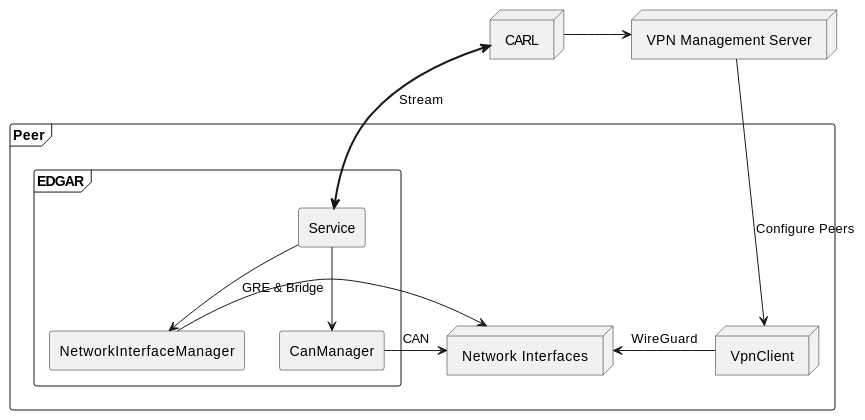
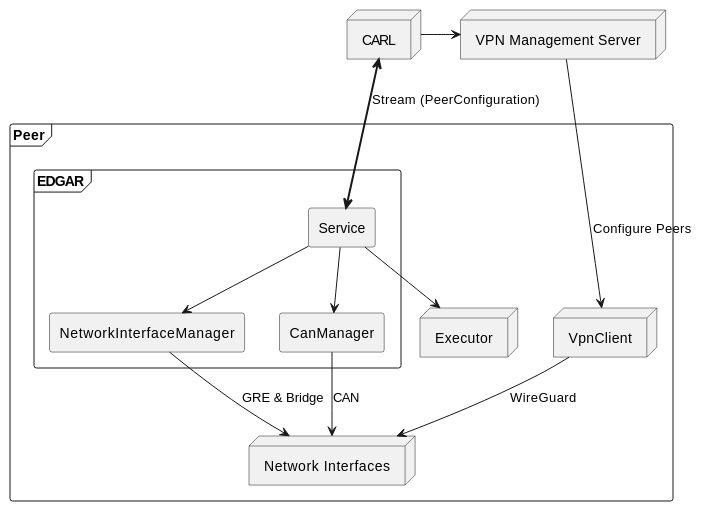
Before and after one commit to eclipse-opendut/opendut: the second of 2 diagrams in doc/src/architecture/edgar/index.md, drawn with PlantUML. The commit also changed other lines of this file and 2 other files, not shown here.

Commit message:
Doc -> Integrate feedback into architecture overviews.

````diff
--- a/doc/src/architecture/edgar/index.md
+++ b/doc/src/architecture/edgar/index.md
@@ -30,27 +32,29 @@
 ```plantuml
 @startuml
 frame Peer {
   node VpnClient
   frame EDGAR {
     agent "Service" as EdgarService
     agent NetworkInterfaceManager
     agent CanManager
   }
   node "Network Interfaces" as Interfaces
+  node Executor
 }
 node CARL
 node "VPN Management Server"
 
-CARL <==> EdgarService : Stream
+CARL <==> EdgarService : Stream (PeerConfiguration)
 CARL -> "VPN Management Server"
 
 "VPN Management Server" --> VpnClient : Configure Peers
 
-EdgarService --> NetworkInterfaceManager : GRE & Bridge
+EdgarService --> NetworkInterfaceManager
 EdgarService --> CanManager
-NetworkInterfaceManager -> Interfaces
-CanManager -> Interfaces : CAN
-Interfaces <- VpnClient : WireGuard
+EdgarService --> Executor
+NetworkInterfaceManager --> Interfaces : GRE & Bridge
+CanManager --> Interfaces : CAN
+VpnClient --> Interfaces : WireGuard
 
 @enduml
 ```
````
